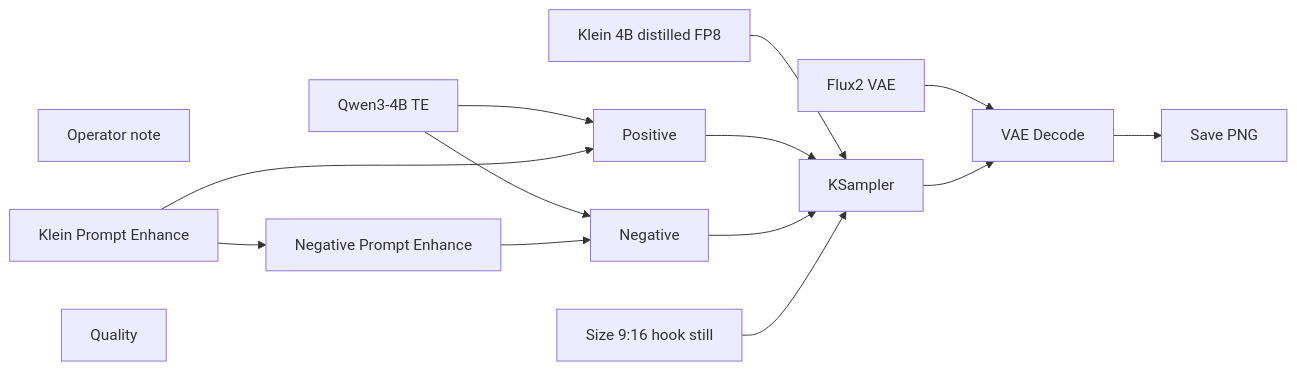
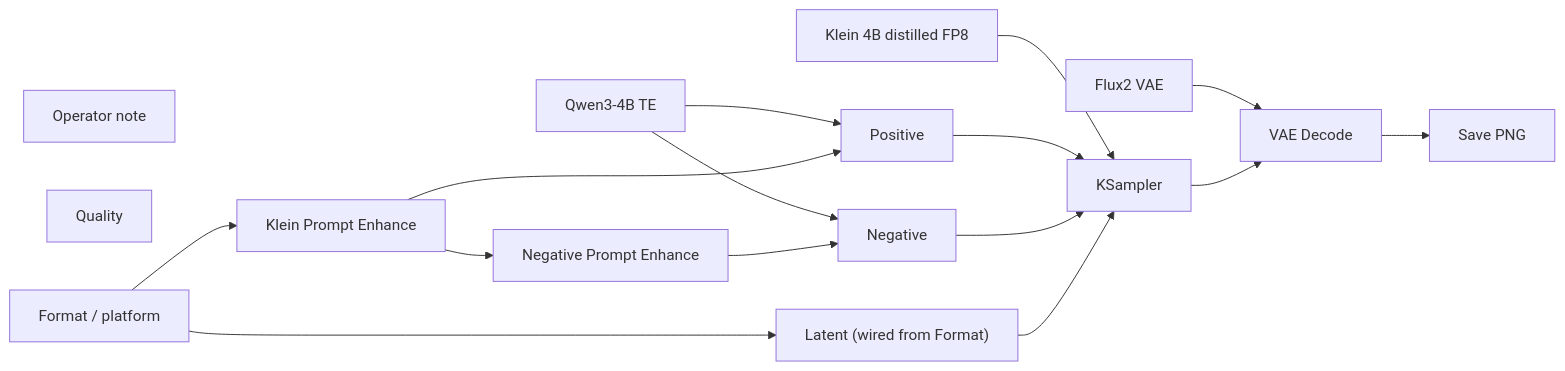
One commit to toxicoder/ez-comfy-stack changed the diagram in docs/generated/workflows/klein/hook-still.md. Above: the diagram before and after it, drawn with Mermaid. The commit also changed other lines of this file and 312 other files, not shown here.

First line of the commit message:
feat: Format / platform on Klein, Wan, and LTX Apps

````diff
--- a/docs/generated/workflows/klein/hook-still.md
+++ b/docs/generated/workflows/klein/hook-still.md
@@ -49,28 +51,31 @@
 ```mermaid
 flowchart LR
   N1["Klein 4B distilled FP8"]
   N2["Qwen3-4B TE"]
   N3["Flux2 VAE"]
   N4["Positive"]
   N5["Negative"]
-  N6["Size 9:16 hook still"]
+  N6["Latent (wired from Format)"]
   N7["KSampler"]
   N8["VAE Decode"]
   N9["Save PNG"]
   N10["Operator note"]
   N11["Klein Prompt Enhance"]
   N12["Negative Prompt Enhance"]
   N13["Quality"]
+  N14["Format / platform"]
   N1 --> N7
   N2 --> N4
   N2 --> N5
   N3 --> N8
   N4 --> N7
   N5 --> N7
   N6 --> N7
   N7 --> N8
   N8 --> N9
   N11 --> N4
   N11 --> N12
   N12 --> N5
+  N14 --> N6
+  N14 --> N11
 ```
````
